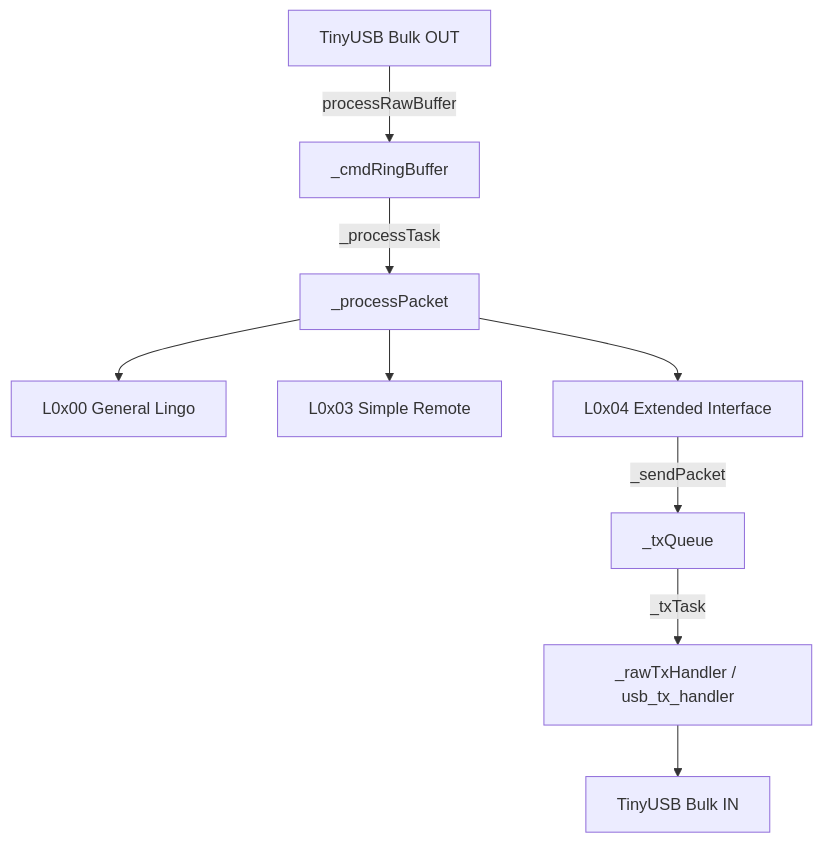
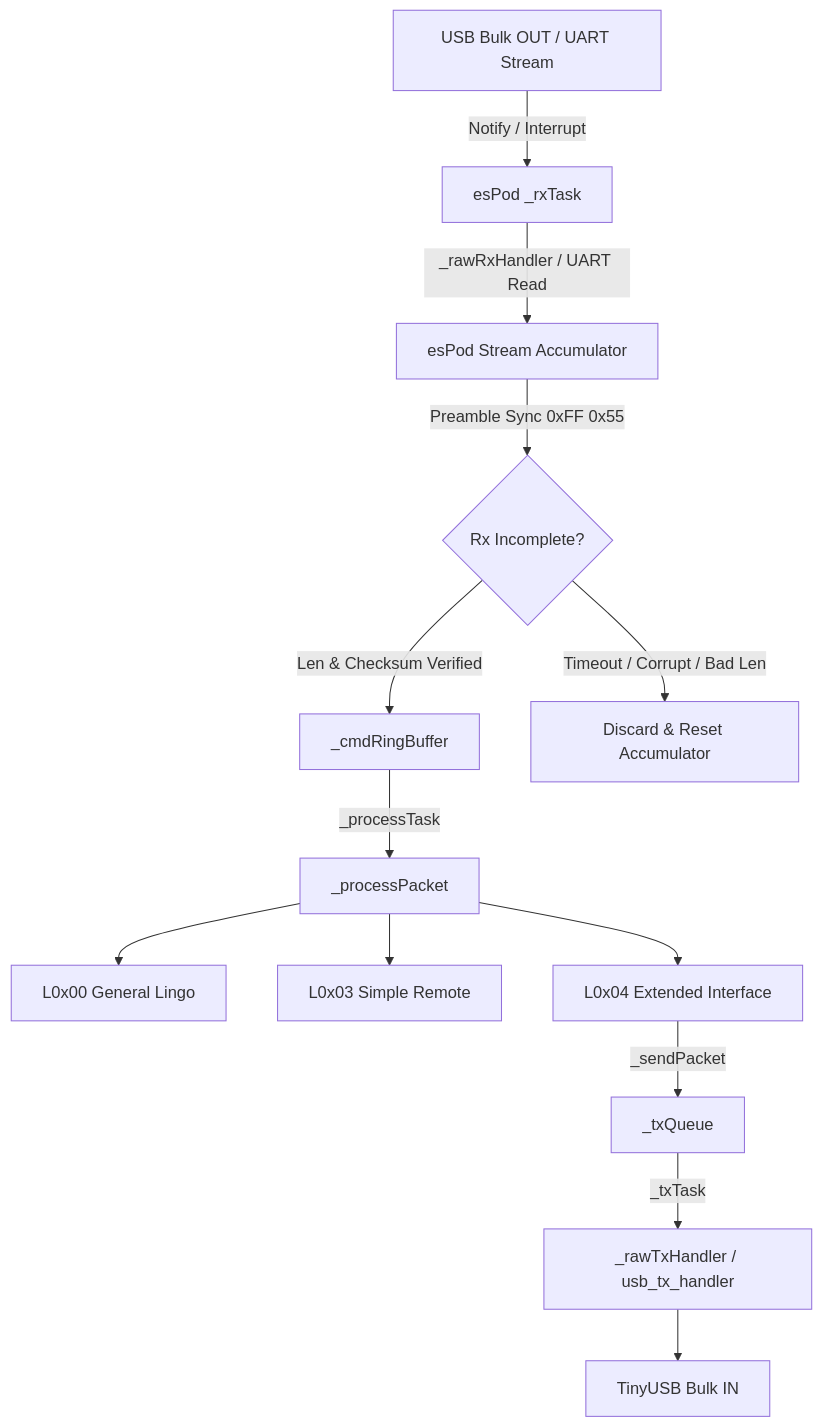
Before and after one commit to martinroger/superPod: the first of 2 diagrams in components/espod/docs/TOO.md, drawn with Mermaid. The commit also changed other lines of this file and 6 other files, not shown here.

Commit message:
feat(espod): add stream accumulator and universal rxTask with dynamic timeouts

````diff
--- a/components/espod/docs/TOO.md
+++ b/components/espod/docs/TOO.md
@@ -7,11 +7,15 @@
 ```mermaid
 graph TD
-    USB[TinyUSB Bulk OUT] -->|processRawBuffer| RingBuf[_cmdRingBuffer]
+    USB[USB Bulk OUT / UART Stream] -->|Notify / Interrupt| RxTask[esPod _rxTask]
+    RxTask -->|_rawRxHandler / UART Read| Acc[esPod Stream Accumulator]
+    Acc -->|Preamble Sync 0xFF 0x55| AccState{Rx Incomplete?}
+    AccState -->|Len & Checksum Verified| RingBuf[_cmdRingBuffer]
+    AccState -->|Timeout / Corrupt / Bad Len| Discard[Discard & Reset Accumulator]
     RingBuf -->|_processTask| Parser[_processPacket]
     Parser --> L0x00[L0x00 General Lingo]
     Parser --> L0x03[L0x03 Simple Remote]
     Parser --> L0x04[L0x04 Extended Interface]
     L0x04 -->|_sendPacket| TxQueue[_txQueue]
     TxQueue -->|_txTask| TxHandler[_rawTxHandler / usb_tx_handler]
     TxHandler --> USBIN[TinyUSB Bulk IN]
 ```
````
